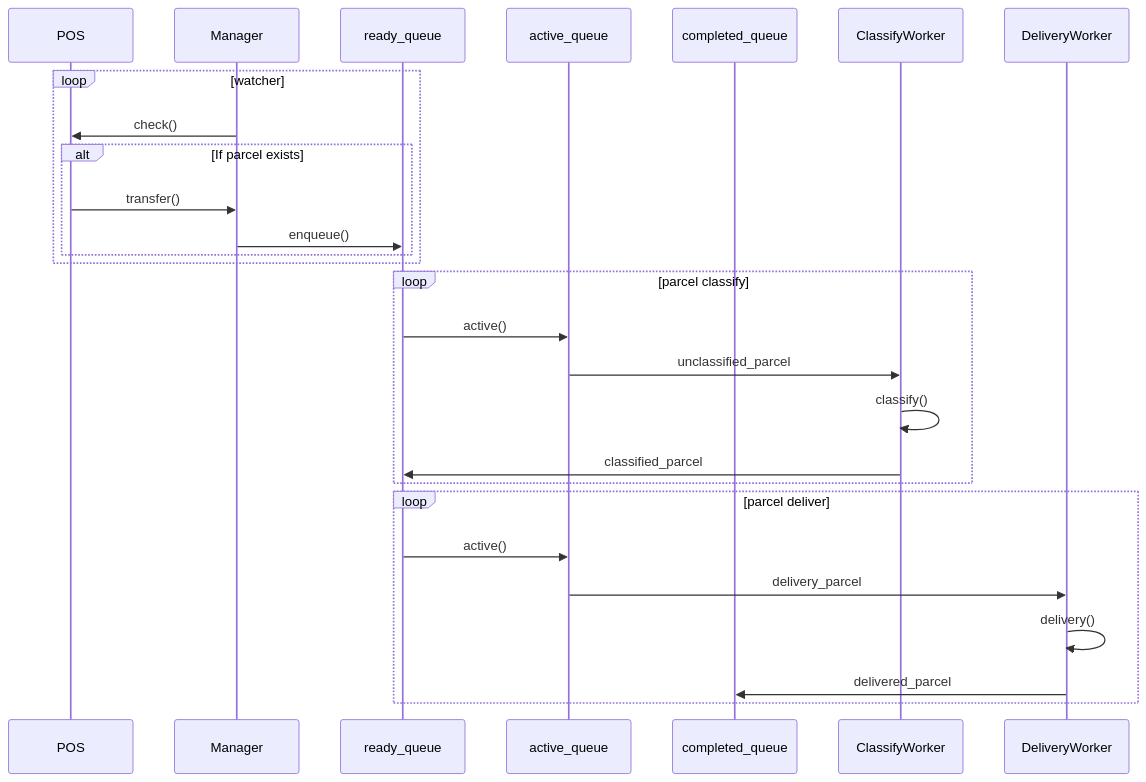
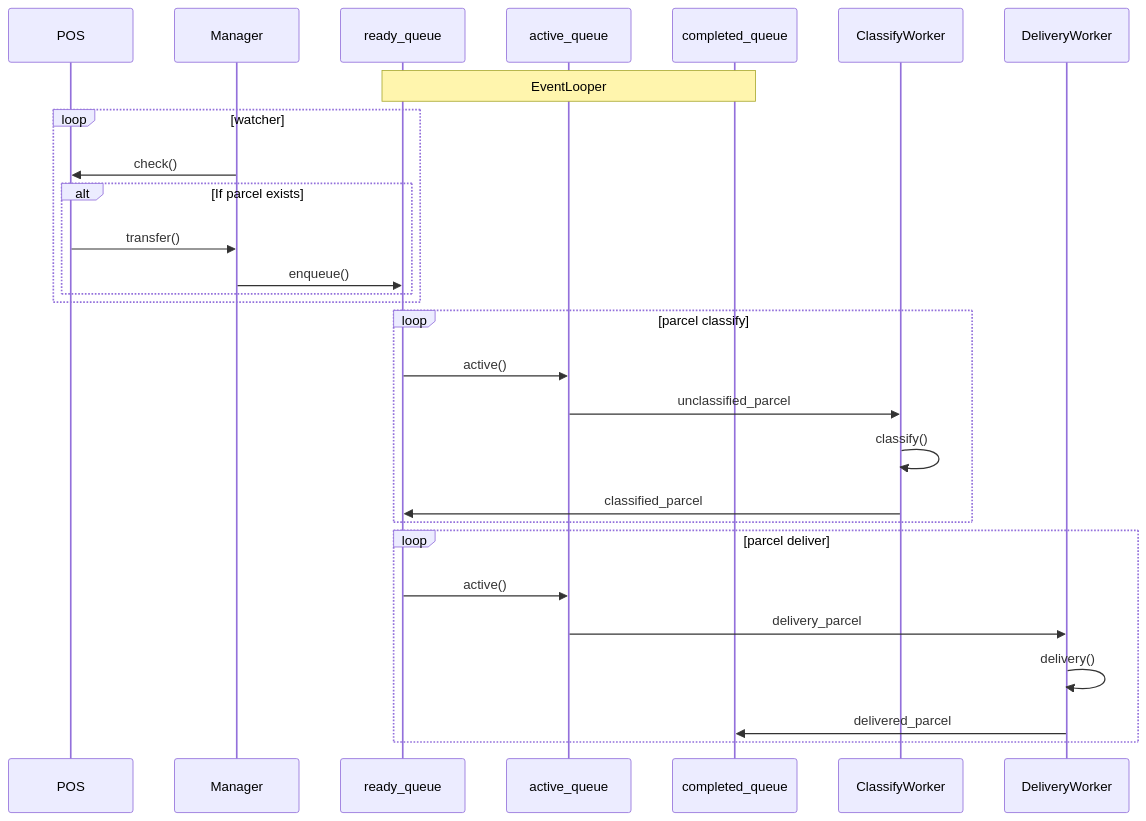
The diagram in README.md (NarciSource/Boostcamp-Challenge), drawn with Mermaid before and after one commit.

Commit message:
docs: 시퀀스 다이어그램 그루핑

````diff
--- a/README.md
+++ b/README.md
@@ -81,32 +81,33 @@
 ```mermaid
 sequenceDiagram
     participant POS
     participant Manager
     participant ready_queue
     participant active_queue
     participant completed_queue
     participant ClassifyWorker
     participant DeliveryWorker
+    note over ready_queue, completed_queue: EventLooper
 
     loop watcher
         Manager->>POS: check()
         alt If parcel exists
             POS->>Manager: transfer()
             Manager->>ready_queue: enqueue()
         end
     end
 
     loop parcel classify
         ready_queue->>active_queue: active()
         active_queue->>ClassifyWorker: unclassified_parcel
         ClassifyWorker->>ClassifyWorker: classify()
         ClassifyWorker->>ready_queue: classified_parcel
     end
 
     loop parcel deliver
         ready_queue->>active_queue: active()
         active_queue->>DeliveryWorker: delivery_parcel
         DeliveryWorker->>DeliveryWorker: delivery()
         DeliveryWorker->>completed_queue: delivered_parcel
     end
 ```
````
